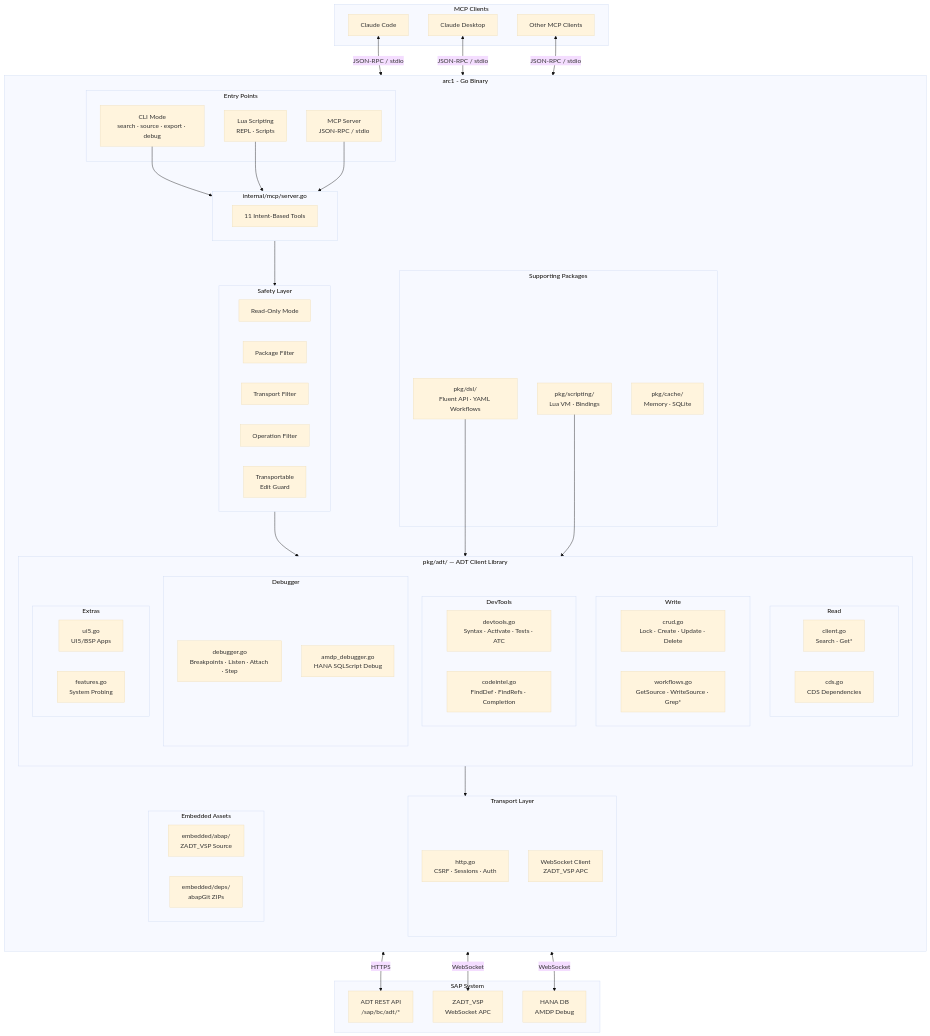
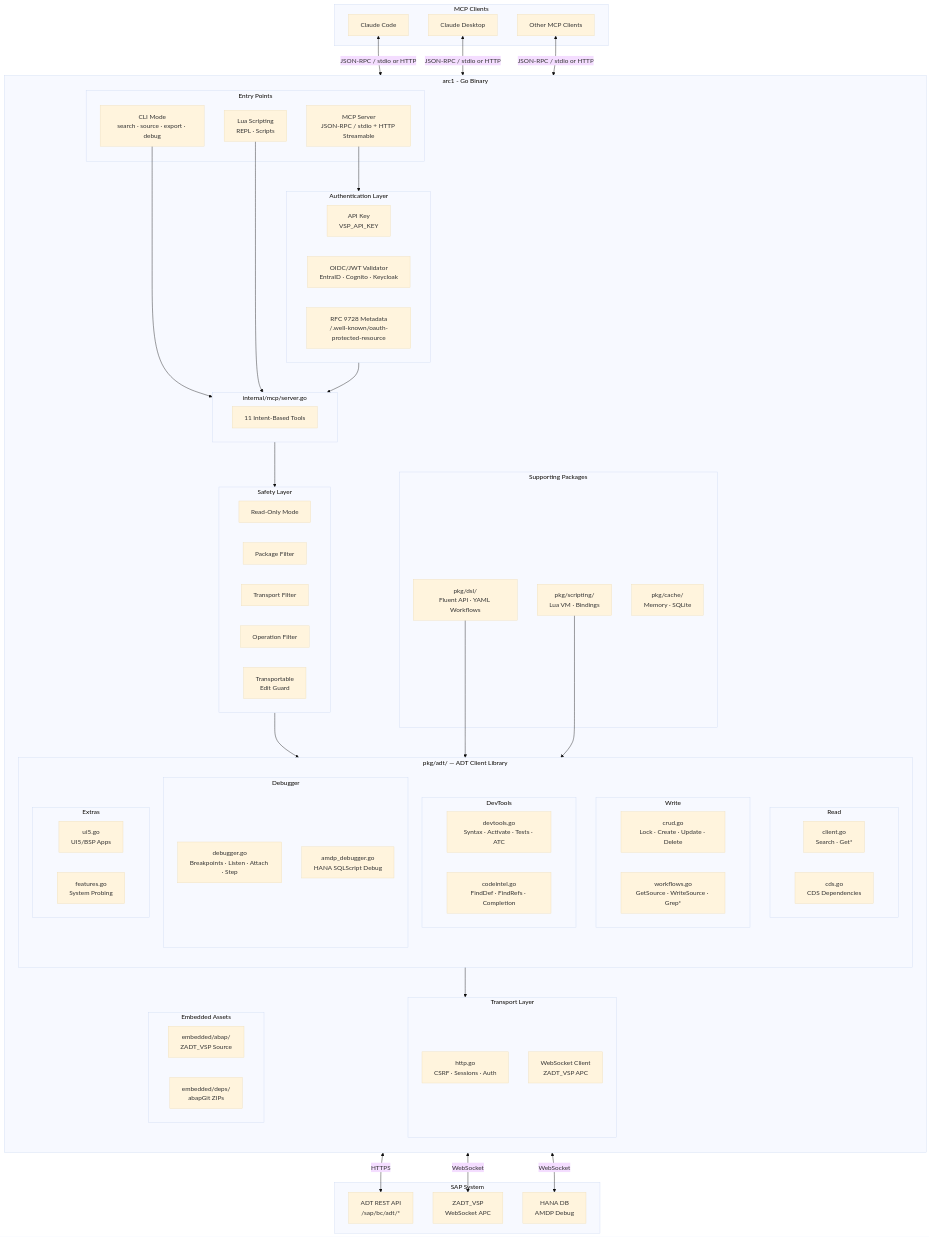
Before and after one commit to marianfoo/arc-1: the first of 9 diagrams in docs/architecture.md, drawn with Mermaid (base theme). The commit also changed other lines of this file and 4 other files, not shown here.

```diff
--- a/docs/architecture.md
+++ b/docs/architecture.md
@@ -14,9 +14,15 @@
         direction TB
 
         subgraph Entry["Entry Points"]
-            MCP[MCP Server<br/>JSON-RPC / stdio]
+            MCP[MCP Server<br/>JSON-RPC / stdio + HTTP Streamable]
             CLI[CLI Mode<br/>search · source · export · debug]
             LUA[Lua Scripting<br/>REPL · Scripts]
+        end
+
+        subgraph Auth["Authentication Layer"]
+            APIKEY[API Key<br/>VSP_API_KEY]
+            OIDC[OIDC/JWT Validator<br/>EntraID · Cognito · Keycloak]
+            PRM[RFC 9728 Metadata<br/>/.well-known/oauth-protected-resource]
         end
 
         subgraph Core["internal/mcp/server.go"]
@@ -79,10 +85,11 @@
         HANA[HANA DB<br/>AMDP Debug]
     end
 
-    CC & CD & Other <-->|JSON-RPC / stdio| MCP
+    CC & CD & Other <-->|"JSON-RPC / stdio or HTTP"| MCP
     CLI --> Core
     LUA --> Core
-    MCP --> Core
+    MCP --> Auth
+    Auth --> Core
     Core --> Safety
     Safety --> ADTLib
     ADTLib --> Transport
```
